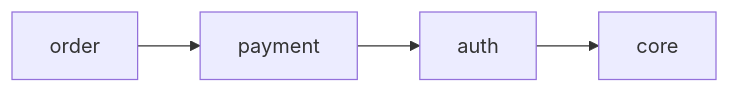
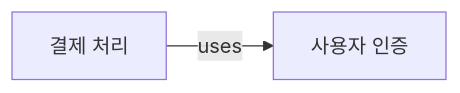
One commit to JakeB-5/sdd-tool changed the diagram in docs/ko/commands/sdd-domain.md. Above: the diagram before and after it, drawn with Mermaid. The commit also changed other lines of this file and 13 other files, not shown here.

````diff
--- a/docs/ko/commands/sdd-domain.md
+++ b/docs/ko/commands/sdd-domain.md
@@ -79,6 +84,6 @@
 ```mermaid
 graph LR
-  auth --> core
-  payment --> auth
-  order --> payment
+  auth["사용자 인증"]
+  payment["결제 처리"]
+  payment -->|uses| auth
 ```
````
